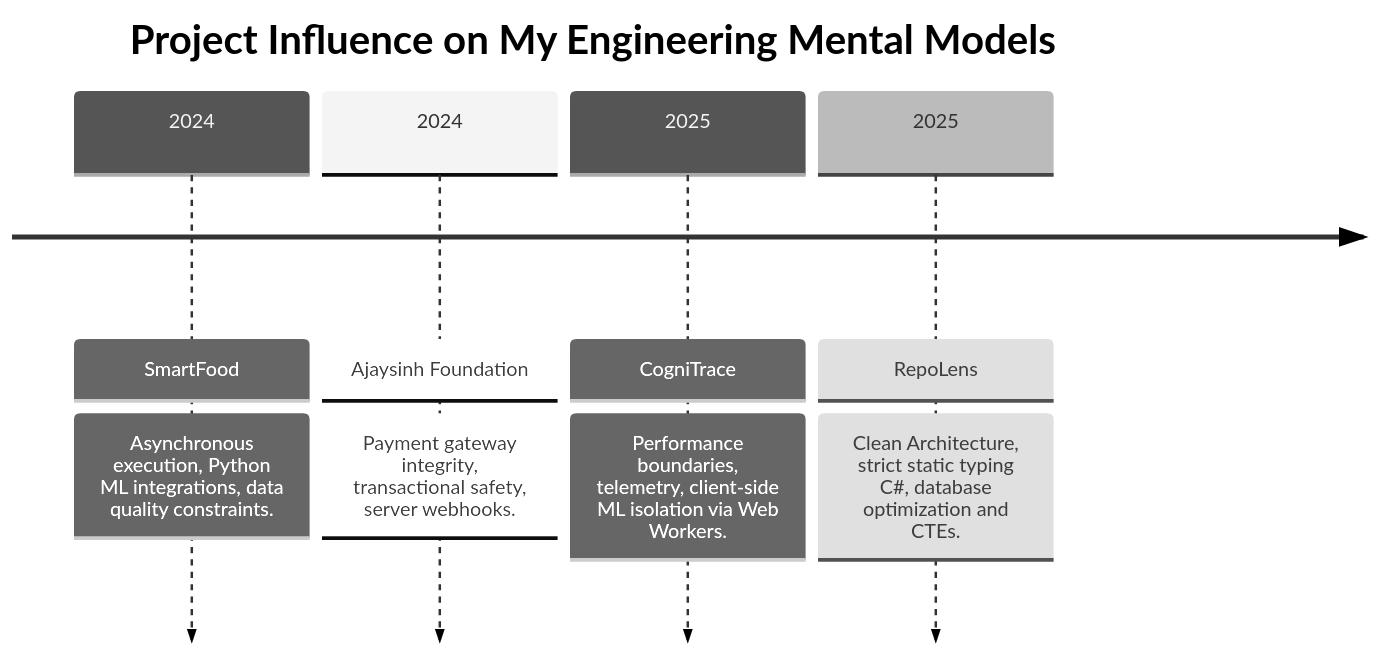
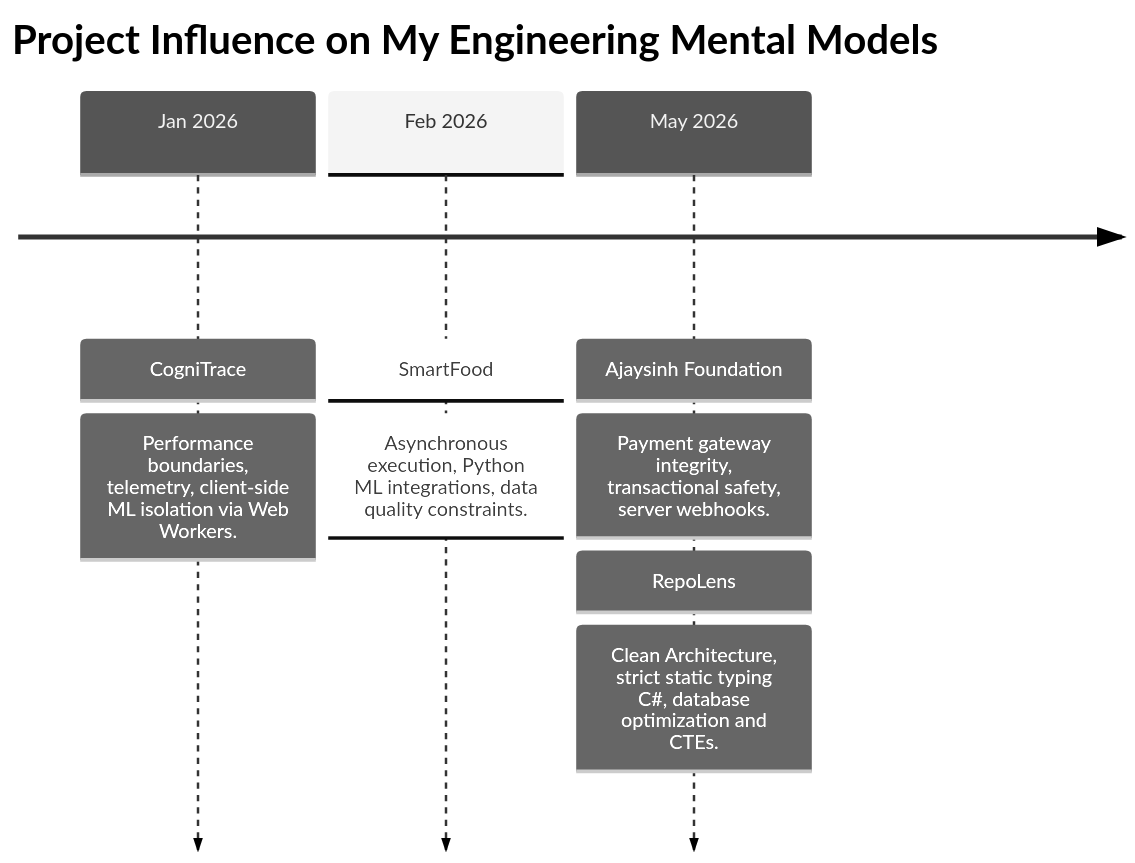
The diagram in project-retrospectives/how-projects-changed-my-thinking.md (palakbehl/AI-Engineering-Playbook), drawn with Mermaid (neutral theme) before and after one commit.

Commit message:
Update project timeline dates to Jan, Feb, May 2026

````diff
--- a/project-retrospectives/how-projects-changed-my-thinking.md
+++ b/project-retrospectives/how-projects-changed-my-thinking.md
@@ -9,8 +9,8 @@
 ```mermaid
 timeline
     title Project Influence on My Engineering Mental Models
-    2024 : SmartFood : Asynchronous execution, Python ML integrations, data quality constraints.
-    2024 : Ajaysinh Foundation : Payment gateway integrity, transactional safety, server webhooks.
-    2025 : CogniTrace : Performance boundaries, telemetry, client-side ML isolation via Web Workers.
-    2025 : RepoLens : Clean Architecture, strict static typing C#, database optimization and CTEs.
+    Jan 2026 : CogniTrace : Performance boundaries, telemetry, client-side ML isolation via Web Workers.
+    Feb 2026 : SmartFood : Asynchronous execution, Python ML integrations, data quality constraints.
+    May 2026 : Ajaysinh Foundation : Payment gateway integrity, transactional safety, server webhooks.
+             : RepoLens : Clean Architecture, strict static typing C#, database optimization and CTEs.
 ```
````
